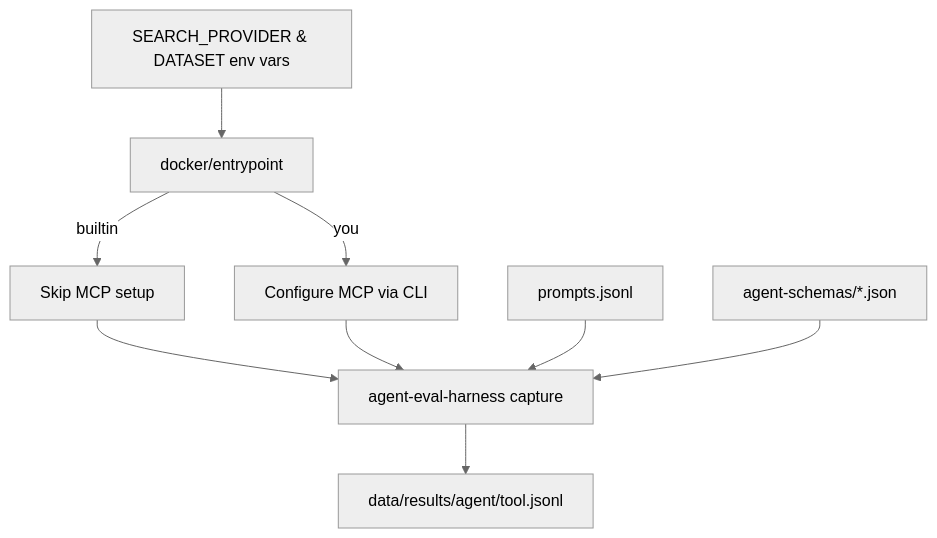
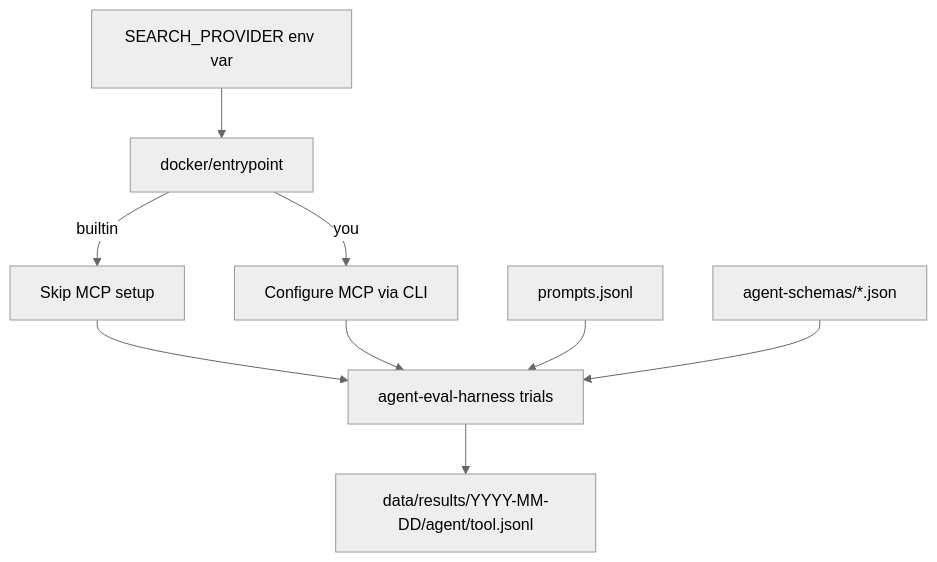
One commit to youdotcom-oss/web-search-agent-evals changed the first of 2 diagrams in README.md. Above: the diagram before and after it, drawn with Mermaid (neutral theme). The commit also changed other lines of this file and 139 other files, not shown here.

````diff
--- a/README.md
+++ b/README.md
@@ -18,13 +18,13 @@
 ```mermaid
 flowchart TD
-    Env[SEARCH_PROVIDER & DATASET env vars] --> Entrypoint[docker/entrypoint]
+    Env[SEARCH_PROVIDER env var] --> Entrypoint[docker/entrypoint]
     Entrypoint -->|builtin| SkipMCP[Skip MCP setup]
     Entrypoint -->|you| ConfigMCP[Configure MCP via CLI]
 
-    SkipMCP --> Harness[agent-eval-harness capture]
+    SkipMCP --> Harness[agent-eval-harness trials]
     ConfigMCP --> Harness
 
     Prompts[prompts.jsonl] --> Harness
     Schemas[agent-schemas/*.json] --> Harness
-    Harness --> Results[data/results/agent/tool.jsonl]
+    Harness --> Results[data/results/YYYY-MM-DD/agent/tool.jsonl]
 ```
````
